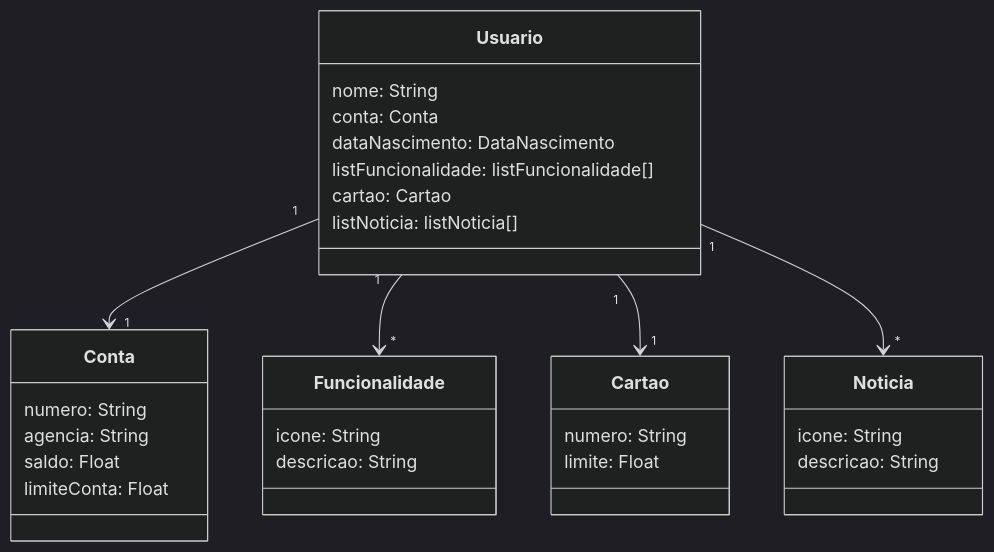
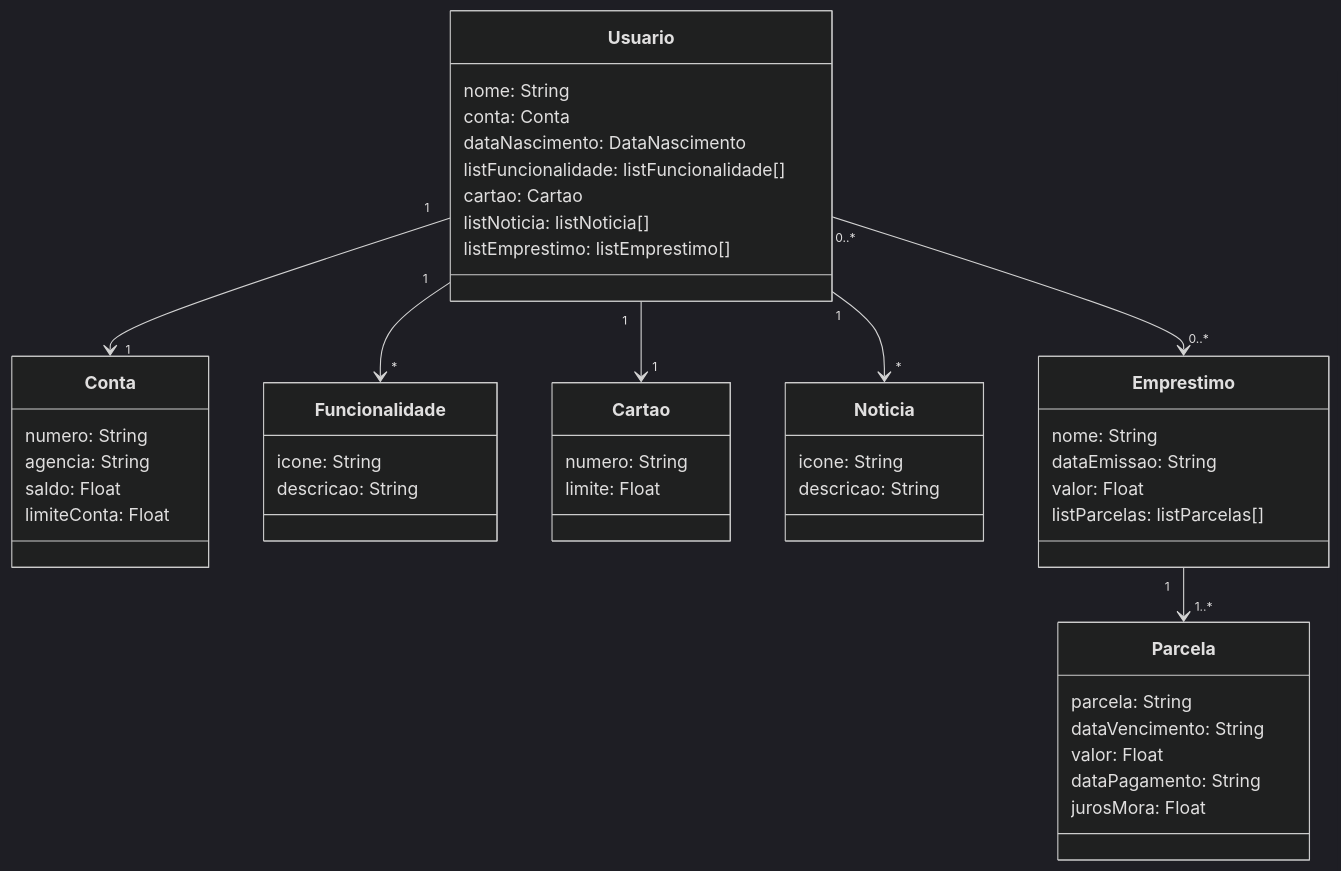
Before and after one commit to PADOCAS/spring-api-santander-bootcamp: the diagram in README.md, drawn with Mermaid (dark theme).

````diff
--- a/README.md
+++ b/README.md
@@ -21,39 +21,57 @@
 ```mermaid
 classDiagram
   class Usuario {
     nome: String
     conta: Conta
     dataNascimento: DataNascimento
     listFuncionalidade: listFuncionalidade[]
     cartao: Cartao
     listNoticia: listNoticia[]
+    listEmprestimo: listEmprestimo[]
   }
 
   class Conta {
     numero: String
     agencia: String
     saldo: Float
     limiteConta: Float
   }
 
   class Funcionalidade {
     icone: String
     descricao: String
   }
 
   class Cartao {
     numero: String
     limite: Float
   }
 
   class Noticia {
     icone: String
     descricao: String
   }
 
+  class Emprestimo {
+      nome: String
+      dataEmissao: String
+      valor: Float
+      listParcelas: listParcelas[]
+  }
+
+  class Parcela {
+      parcela: String
+      dataVencimento: String
+      valor: Float
+      dataPagamento: String
+      jurosMora: Float
+  }
+
   Usuario "1" --> "1" Conta
   Usuario "1" --> "*" Funcionalidade
   Usuario "1" --> "1" Cartao
   Usuario "1" --> "*" Noticia
+  Usuario "0..*" --> "0..*" Emprestimo 
+  Emprestimo "1" --> "1..*" Parcela 
 
 ```
````
